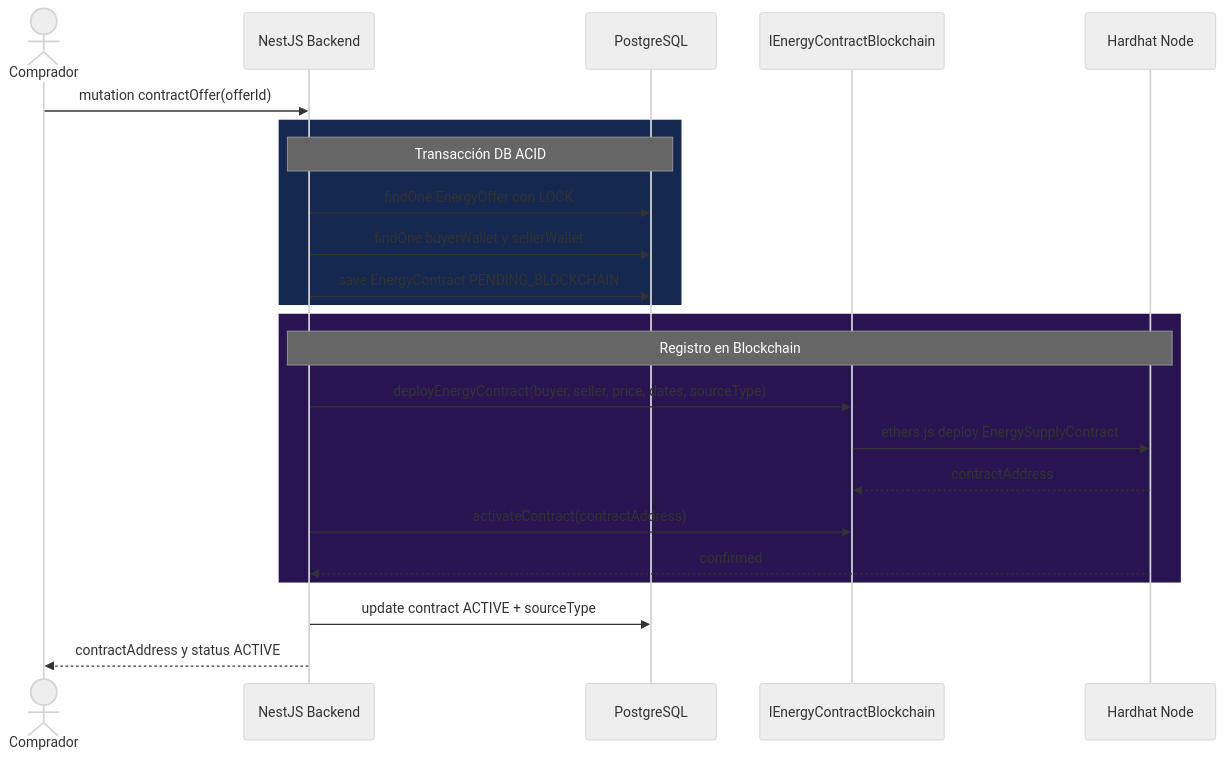
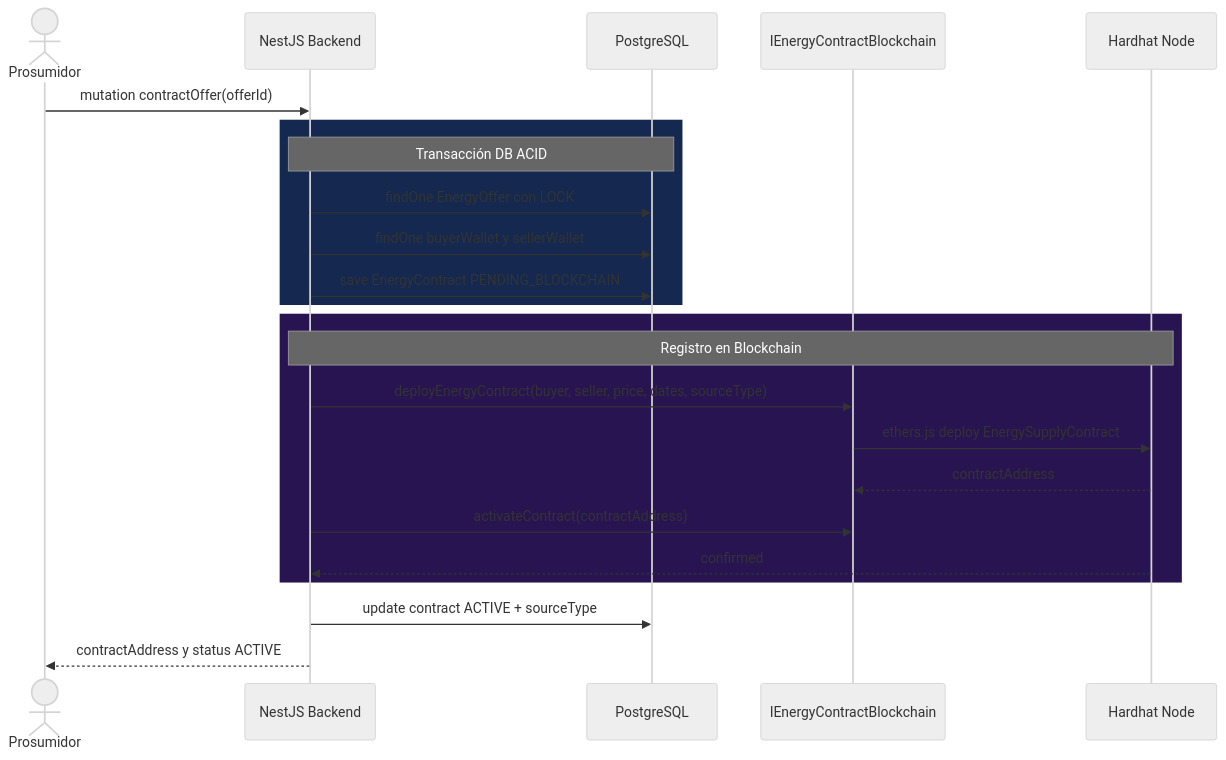
The third of 3 diagrams in README.md (desideriodr/blockchain-energia), drawn with Mermaid (neutral theme) before and after one commit. The commit also changed 3 other files, not shown here.

Commit message:
DB correxiones menores y read cambio conceptual de comprador a prosumidor

````diff
--- a/README.md
+++ b/README.md
@@ -163,29 +163,29 @@
 ```mermaid
 sequenceDiagram
-    actor Comprador
+    actor Prosumidor
     participant BE as NestJS Backend
     participant DB as PostgreSQL
     participant PORT as IEnergyContractBlockchain
     participant BC as Hardhat Node
 
-    Comprador->>BE: mutation contractOffer(offerId)
+    Prosumidor->>BE: mutation contractOffer(offerId)
 
     rect rgb(20, 40, 80)
         Note over BE,DB: Transacción DB ACID
         BE->>DB: findOne EnergyOffer con LOCK
         BE->>DB: findOne buyerWallet y sellerWallet
         BE->>DB: save EnergyContract PENDING_BLOCKCHAIN
     end
 
     rect rgb(40, 20, 80)
         Note over BE,BC: Registro en Blockchain
         BE->>PORT: deployEnergyContract(buyer, seller, price, dates, sourceType)
         PORT->>BC: ethers.js deploy EnergySupplyContract
         BC-->>PORT: contractAddress
         BE->>PORT: activateContract(contractAddress)
         BC-->>BE: confirmed
     end
 
     BE->>DB: update contract ACTIVE + sourceType
-    BE-->>Comprador: contractAddress y status ACTIVE
+    BE-->>Prosumidor: contractAddress y status ACTIVE
 ```
````
